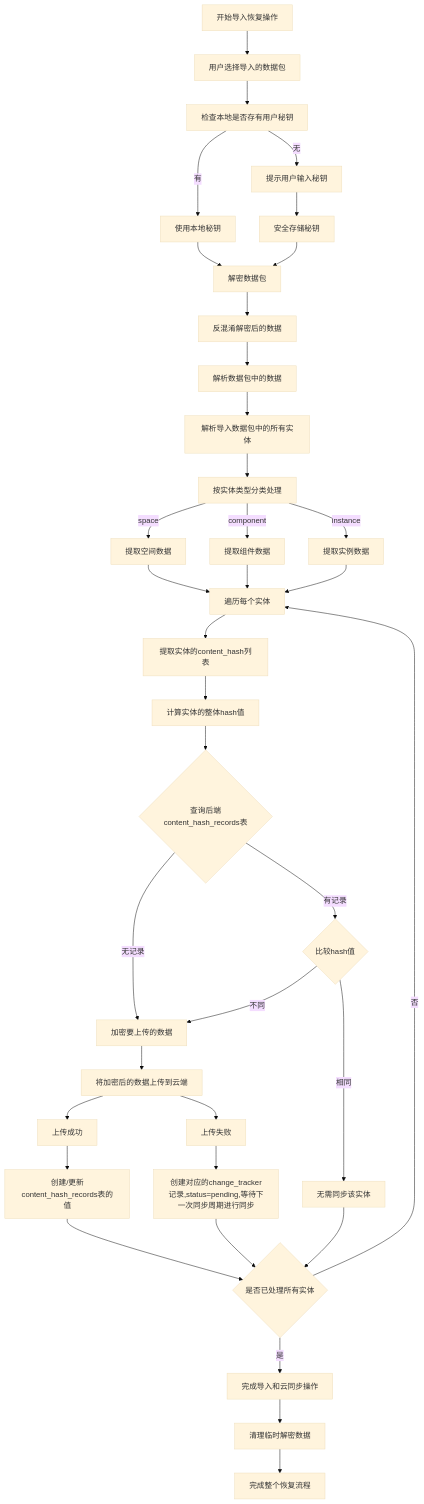
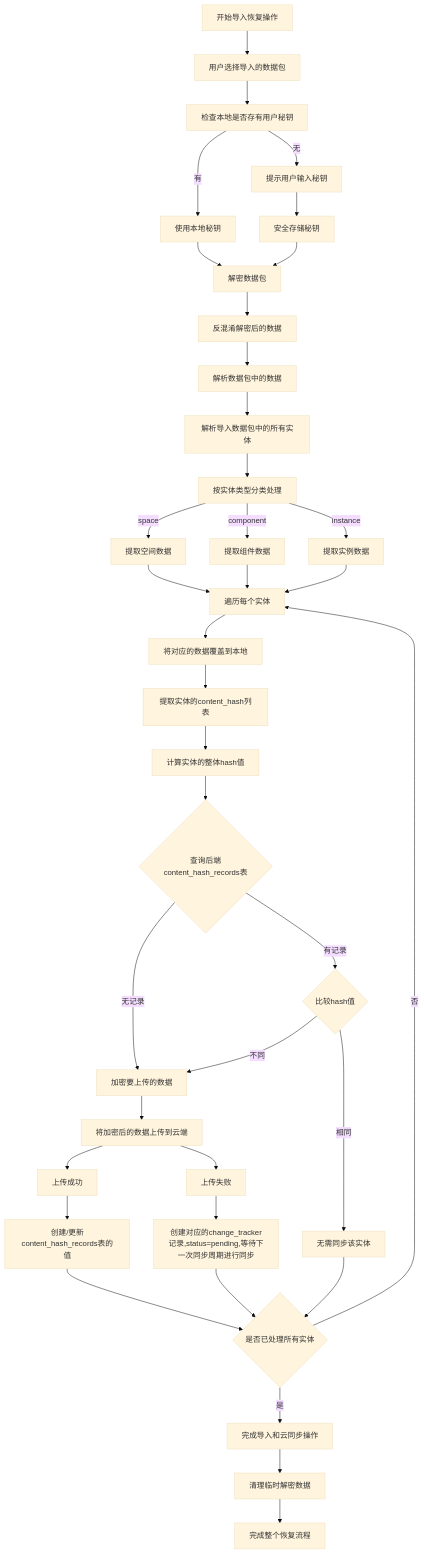
One commit to yingjianzh/iodraw-files changed the diagram in all/未命名-44.md. Above: the diagram before and after it, drawn with Mermaid (base theme).

Commit message:
2025-04-27 18:05:43 update

````diff
--- a/all/未命名-44.md
+++ b/all/未命名-44.md
@@ -1,56 +1,56 @@
 ```mermaid
 flowchart TD
     A[开始导入恢复操作] --> B[用户选择导入的数据包]
     B --> B1[检查本地是否存有用户秘钥]
     
     B1 -->|有| B3[使用本地秘钥]
     B1 -->|无| B4[提示用户输入秘钥]
 
     B4 --> B8[安全存储秘钥]
     B3 --> B10[解密数据包]
     B8 --> B10
     
     B10 --> B11[反混淆解密后的数据]
     B11 --> C[解析数据包中的数据]
     
     C --> D[解析导入数据包中的所有实体]
     D --> G[按实体类型分类处理]
     
     G -->|space| H1[提取空间数据]
     G -->|component| H2[提取组件数据]
     G -->|instance| H3[提取实例数据]
     
     H1 --> I[遍历每个实体]
     H2 --> I
     H3 --> I
     
-    
-    I --> J[提取实体的content_hash列表]
+    I --> Save[将对应的数据覆盖到本地]
+    Save --> J[提取实体的content_hash列表]
     J --> K[计算实体的整体hash值]
     
     K --> L{查询后端content_hash_records表}
     L -->|无记录| M1[加密要上传的数据]
     M1 --> M1a[将加密后的数据上传到云端]
     M1a --> N1[上传成功]
     M1a --> N2[上传失败]
     
     N2 --> N3[创建对应的change_tracker记录,status=pending,等待下一次同步周期进行同步]
     N3 --> S
     N1 --> M4[创建/更新content_hash_records表的值]
 
 
     L -->|有记录| M2{比较hash值}
     M2 -->|不同| M1
 
     M2 -->|相同| M3[无需同步该实体]
     
     
     M3 --> S{是否已处理所有实体}
     M4 --> S{是否已处理所有实体}
     
     S -->|否| I
     S -->|是| T[完成导入和云同步操作]
     
     T --> U[清理临时解密数据]
     U --> V[完成整个恢复流程]
 ```
````
